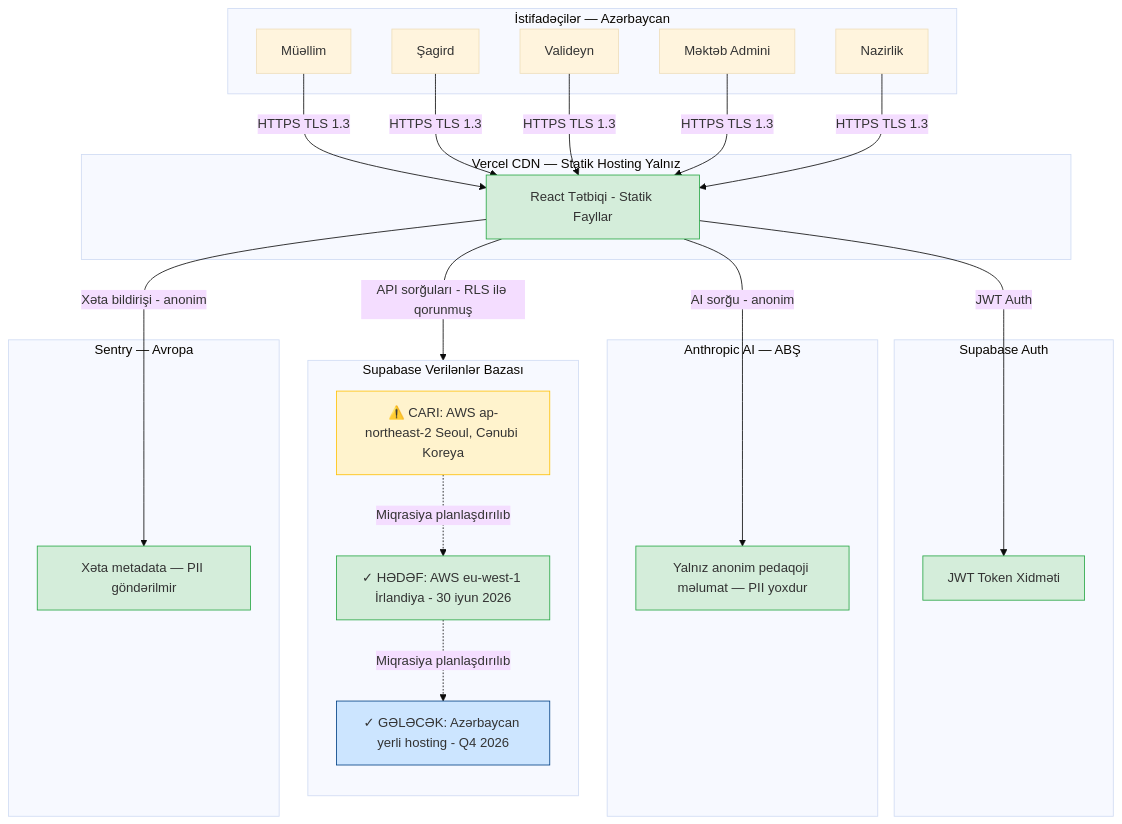
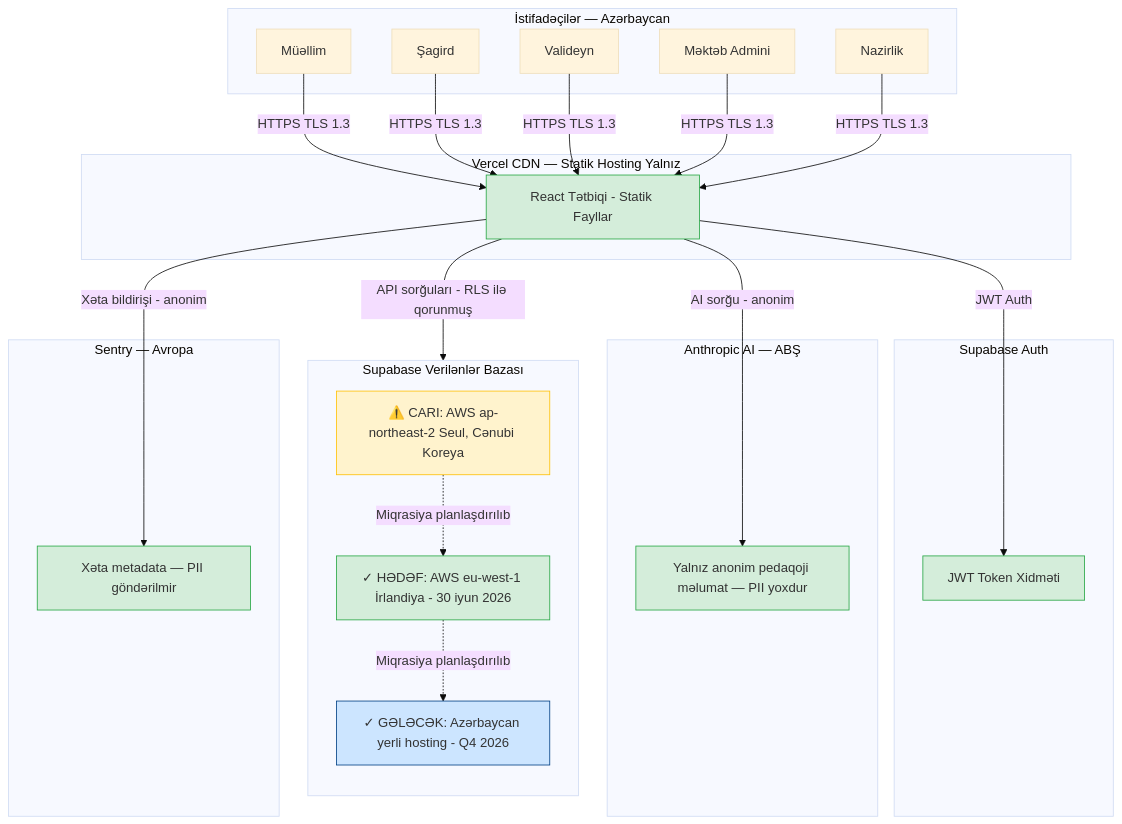
One commit to sirbxueonline-arch/zekalo changed the diagram in ministry-submission/az/03-melumatlarin-qorunmasi.md. Above: the diagram before and after it, drawn with Mermaid (base theme). The commit also changed other lines of this file and 7 other files, not shown here.

````diff
--- a/ministry-submission/az/03-melumatlarin-qorunmasi.md
+++ b/ministry-submission/az/03-melumatlarin-qorunmasi.md
@@ -526,48 +526,48 @@
 ```mermaid
 graph TB
     subgraph "İstifadəçilər — Azərbaycan"
         T[Müəllim]
         S[Şagird]
         P[Valideyn]
         A[Məktəb Admini]
         M[Nazirlik]
     end
 
     subgraph "Vercel CDN — Statik Hosting Yalnız"
         V[React Tətbiqi - Statik Fayllar]
         style V fill:#d4edda,stroke:#28a745
     end
 
     subgraph "Supabase Auth"
         AUTH[JWT Token Xidməti]
         style AUTH fill:#d4edda,stroke:#28a745
     end
 
     subgraph "Supabase Verilənlər Bazası"
         direction TB
-        SEOUL["⚠️ CARI: AWS ap-northeast-2 Seoul, Cənubi Koreya"]
+        SEOUL["⚠️ CARI: AWS ap-northeast-2 Seul, Cənubi Koreya"]
         EU["✓ HƏDƏF: AWS eu-west-1 İrlandiya - 30 iyun 2026"]
         AZ["✓ GƏLƏCƏK: Azərbaycan yerli hosting - Q4 2026"]
         SEOUL -.->|Miqrasiya planlaşdırılıb| EU
         EU -.->|Miqrasiya planlaşdırılıb| AZ
         style SEOUL fill:#fff3cd,stroke:#ffc107
         style EU fill:#d4edda,stroke:#28a745
         style AZ fill:#cce5ff,stroke:#004085
     end
 
     subgraph "Anthropic AI — ABŞ"
         ANTH["Yalnız anonim pedaqoji məlumat — PII yoxdur"]
         style ANTH fill:#d4edda,stroke:#28a745
     end
 
     subgraph "Sentry — Avropa"
         SENT["Xəta metadata — PII göndərilmir"]
         style SENT fill:#d4edda,stroke:#28a745
     end
 
     T & S & P & A & M -->|HTTPS TLS 1.3| V
     V -->|JWT Auth| AUTH
     V -->|API sorğuları - RLS ilə qorunmuş| SEOUL
     V -->|AI sorğu - anonim| ANTH
     V -->|Xəta bildirişi - anonim| SENT
 ```
````
